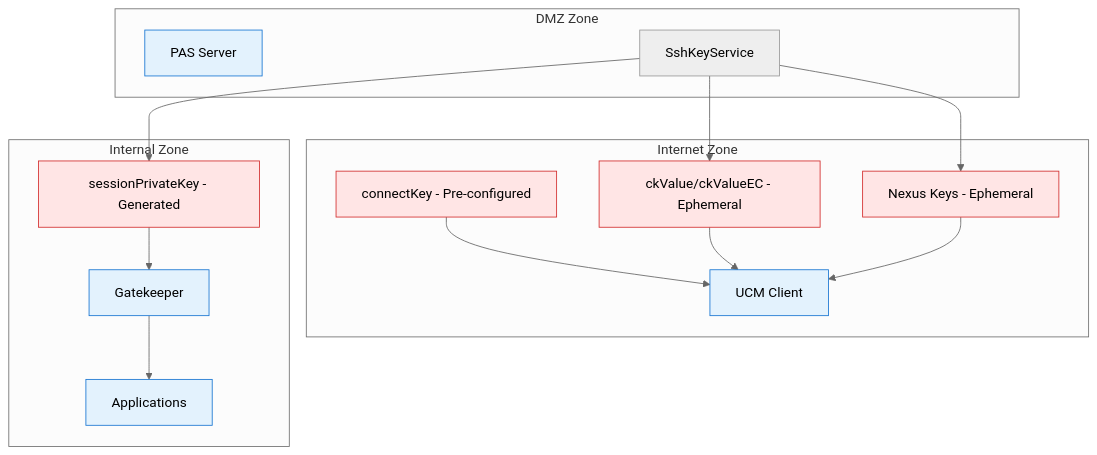
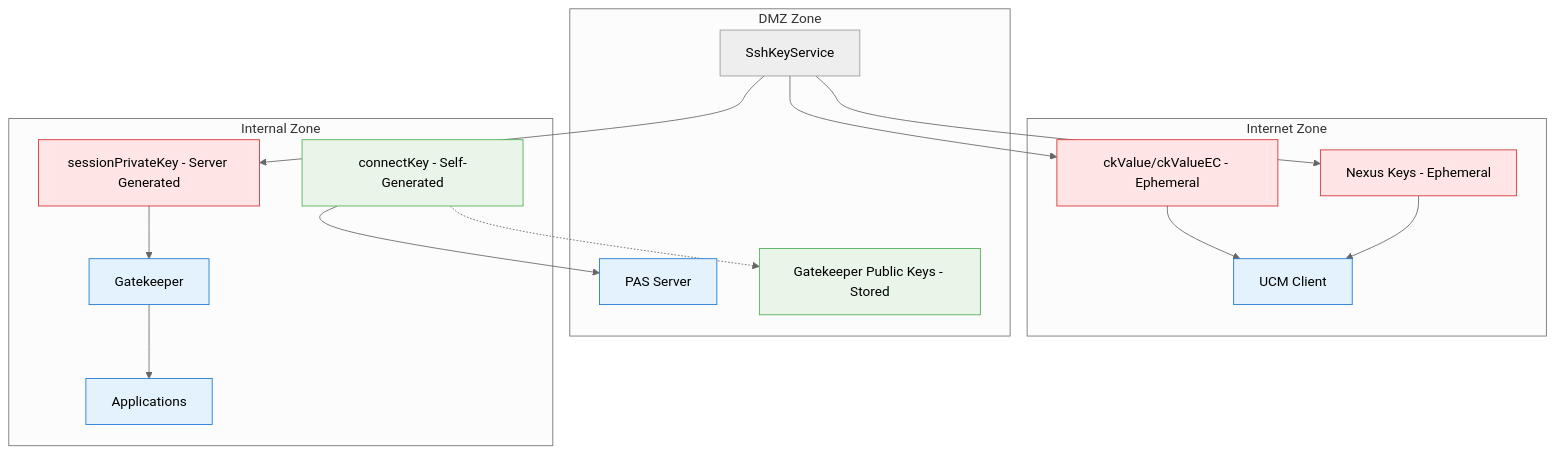
Before and after one commit to daniel-heater-imprivata/pas-architecture: the diagram in recommendations/key-management.md, drawn with Mermaid (neutral theme). The commit also changed other lines of this file and 5 other files, not shown here.

````diff
--- a/recommendations/key-management.md
+++ b/recommendations/key-management.md
@@ -58,33 +84,37 @@
 ```mermaid
 graph TB
     subgraph "Internet Zone"
         UCM[UCM Client]
-        CK[connectKey - Pre-configured]
         UK[ckValue/ckValueEC - Ephemeral]
         NK[Nexus Keys - Ephemeral]
     end
     subgraph "DMZ Zone"
         Parent[PAS Server]
         SshKeyService[SshKeyService]
+        GK_PK[Gatekeeper Public Keys - Stored]
     end
     subgraph "Internal Zone"
         GK[Gatekeeper]
-        GK_SK[sessionPrivateKey - Generated]
+        GK_CK[connectKey - Self-Generated]
+        GK_SK[sessionPrivateKey - Server Generated]
         Apps[Applications]
     end
 
     SshKeyService --> UK
     SshKeyService --> NK
     SshKeyService --> GK_SK
-    CK --> UCM
     UK --> UCM
     NK --> UCM
     GK_SK --> GK
     GK --> Apps
+    GK_CK -.-> GK_PK
+    GK_CK --> Parent
 
     classDef credential fill:#FFE5E5,stroke:#D32F2F
     classDef component fill:#E3F2FD,stroke:#1976D2
+    classDef secure fill:#E8F5E8,stroke:#4CAF50
 
-    class CK,UK,NK,GK_SK credential
+    class UK,NK,GK_SK credential
+    class GK_CK,GK_PK secure
     class UCM,Parent,GK,Apps component
 ```
````
